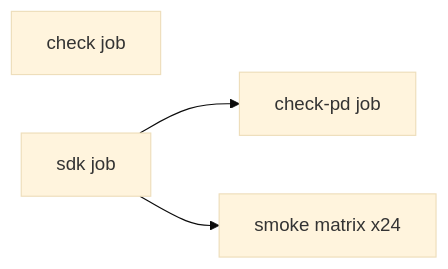
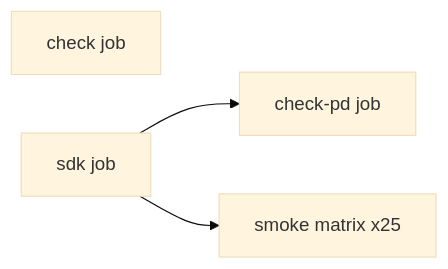
Before and after one commit to julerex/lerux: the diagram in docs/ci.md, drawn with Mermaid (base theme). The commit also changed other lines of this file and 24 other files, not shown here.

````diff
--- a/docs/ci.md
+++ b/docs/ci.md
@@ -12,9 +12,9 @@
 ```mermaid
 flowchart LR
   check[check job]
   sdk[sdk job]
   checkPd[check-pd job]
-  smoke[smoke matrix x24]
+  smoke[smoke matrix x25]
   sdk --> checkPd
   sdk --> smoke
 ```
````
